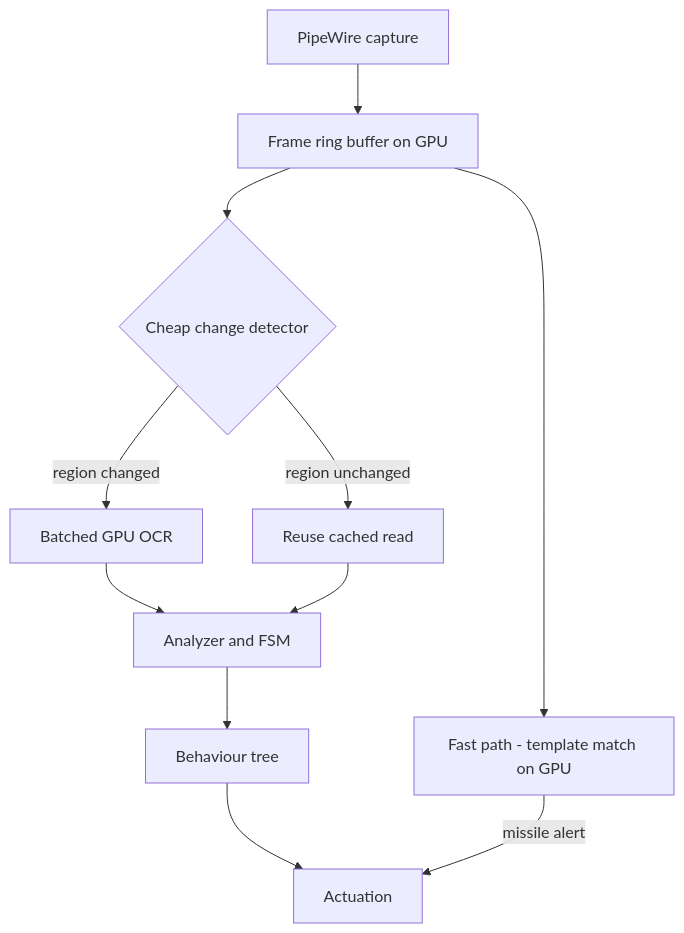
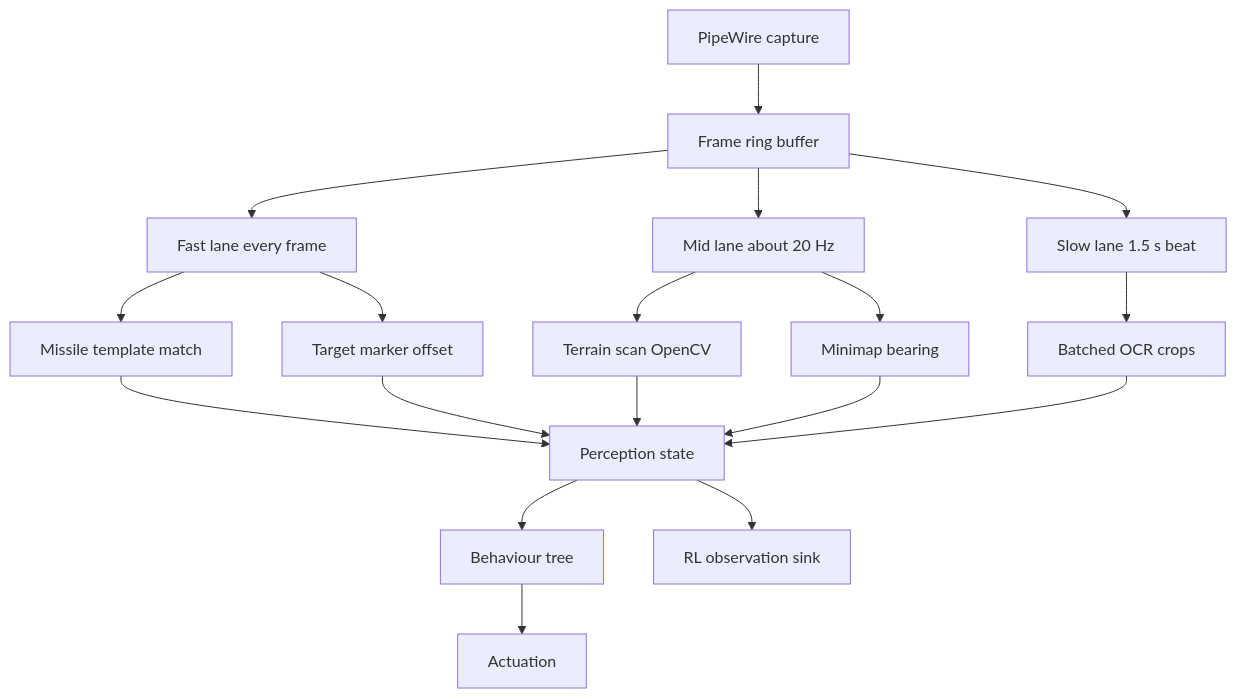
Before and after one commit to mhouse1/wingman: the diagram in docs/hldd/008-gpu-accelerated-realtime-wingman-hldd.md, drawn with Mermaid. The commit also changed other lines of this file and 2 other files, not shown here.

````diff
--- a/docs/hldd/008-gpu-accelerated-realtime-wingman-hldd.md
+++ b/docs/hldd/008-gpu-accelerated-realtime-wingman-hldd.md
@@ -66,13 +199,20 @@
 ```mermaid
 flowchart TD
-    A[PipeWire capture] --> B[Frame ring buffer on GPU]
-    B --> C{Cheap change detector}
-    C -->|region unchanged| D[Reuse cached read]
-    C -->|region changed| E[Batched GPU OCR]
-    E --> F[Analyzer and FSM]
-    D --> F
-    F --> G[Behaviour tree]
-    G --> H[Actuation]
-    B --> I[Fast path - template match on GPU]
-    I -->|missile alert| H
+    A[PipeWire capture] --> B[Frame ring buffer]
+    B --> C[Fast lane every frame]
+    B --> D[Mid lane about 20 Hz]
+    B --> E[Slow lane 1.5 s beat]
+    C --> F[Missile template match]
+    C --> G[Target marker offset]
+    D --> H[Terrain scan OpenCV]
+    D --> I[Minimap bearing]
+    E --> J[Batched OCR crops]
+    F --> K[Perception state]
+    G --> K
+    H --> K
+    I --> K
+    J --> K
+    K --> L[Behaviour tree]
+    L --> M[Actuation]
+    K --> N[RL observation sink]
 ```
````
